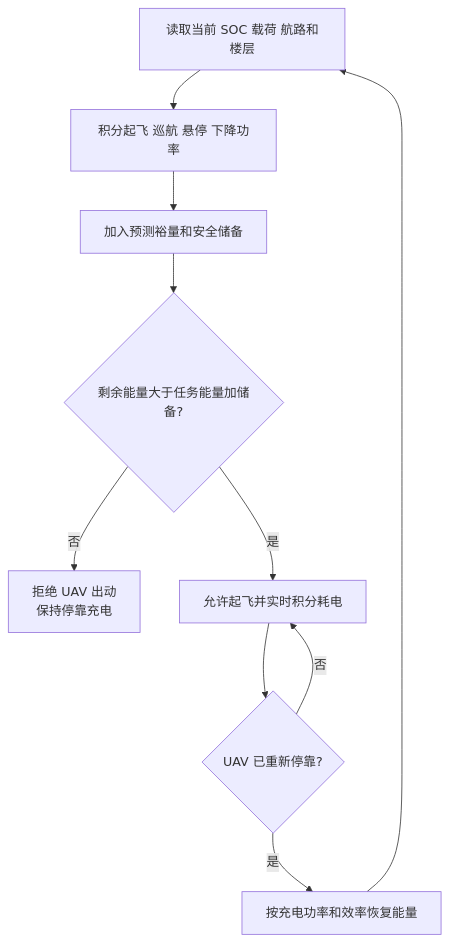
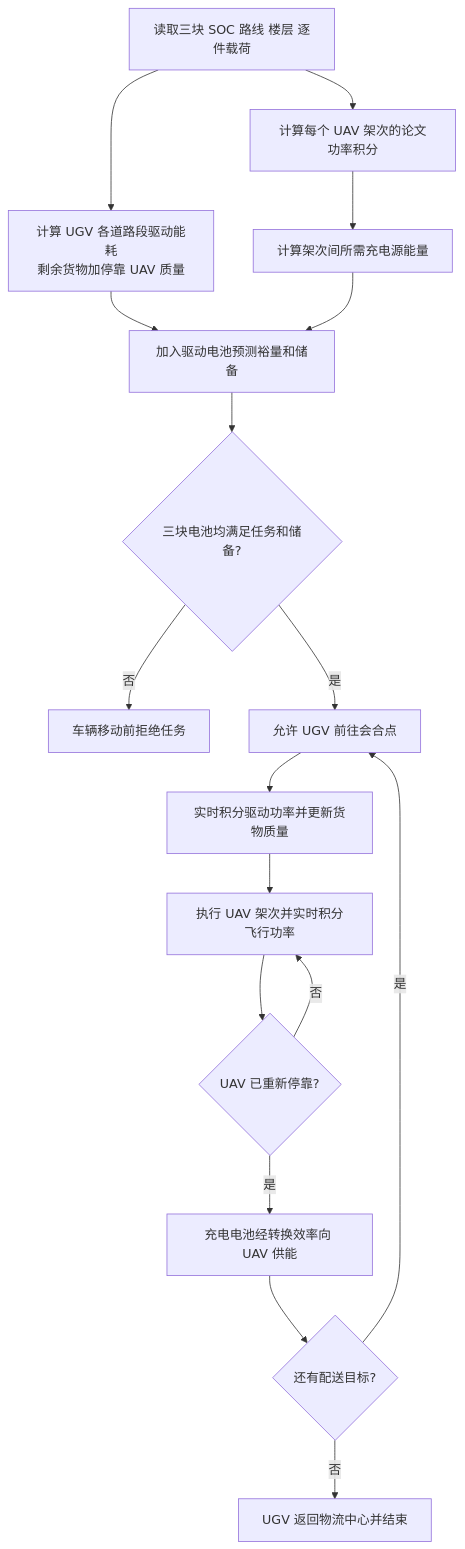
One commit to liyongqihhh/wqi_final changed the fourth of 5 diagrams in wqi_final/docs/system_architecture.md. Above: the diagram before and after it, drawn with Mermaid. The commit also changed other lines of this file and 133 other files, not shown here.

````diff
--- a/wqi_final/docs/system_architecture.md
+++ b/wqi_final/docs/system_architecture.md
@@ -105,12 +147,19 @@
 ```mermaid
 flowchart TD
-    A[读取当前 SOC 载荷 航路和楼层] --> B[积分起飞 巡航 悬停 下降功率]
-    B --> C[加入预测裕量和安全储备]
-    C --> D{剩余能量大于任务能量加储备?}
-    D -- 否 --> E[拒绝 UAV 出动<br/>保持停靠充电]
-    D -- 是 --> F[允许起飞并实时积分耗电]
-    F --> G{UAV 已重新停靠?}
-    G -- 否 --> F
-    G -- 是 --> H[按充电功率和效率恢复能量]
-    H --> A
+    A[读取三块 SOC 路线 楼层 逐件载荷] --> B[计算每个 UAV 架次的论文功率积分]
+    A --> C[计算 UGV 各道路段驱动能耗<br/>剩余货物加停靠 UAV 质量]
+    B --> D[计算架次间所需充电源能量]
+    C --> E[加入驱动电池预测裕量和储备]
+    D --> E
+    E --> F{三块电池均满足任务和储备?}
+    F -- 否 --> R[车辆移动前拒绝任务]
+    F -- 是 --> G[允许 UGV 前往会合点]
+    G --> H[实时积分驱动功率并更新货物质量]
+    H --> I[执行 UAV 架次并实时积分飞行功率]
+    I --> J{UAV 已重新停靠?}
+    J -- 否 --> I
+    J -- 是 --> K[充电电池经转换效率向 UAV 供能]
+    K --> L{还有配送目标?}
+    L -- 是 --> G
+    L -- 否 --> M[UGV 返回物流中心并结束]
 ```
````
